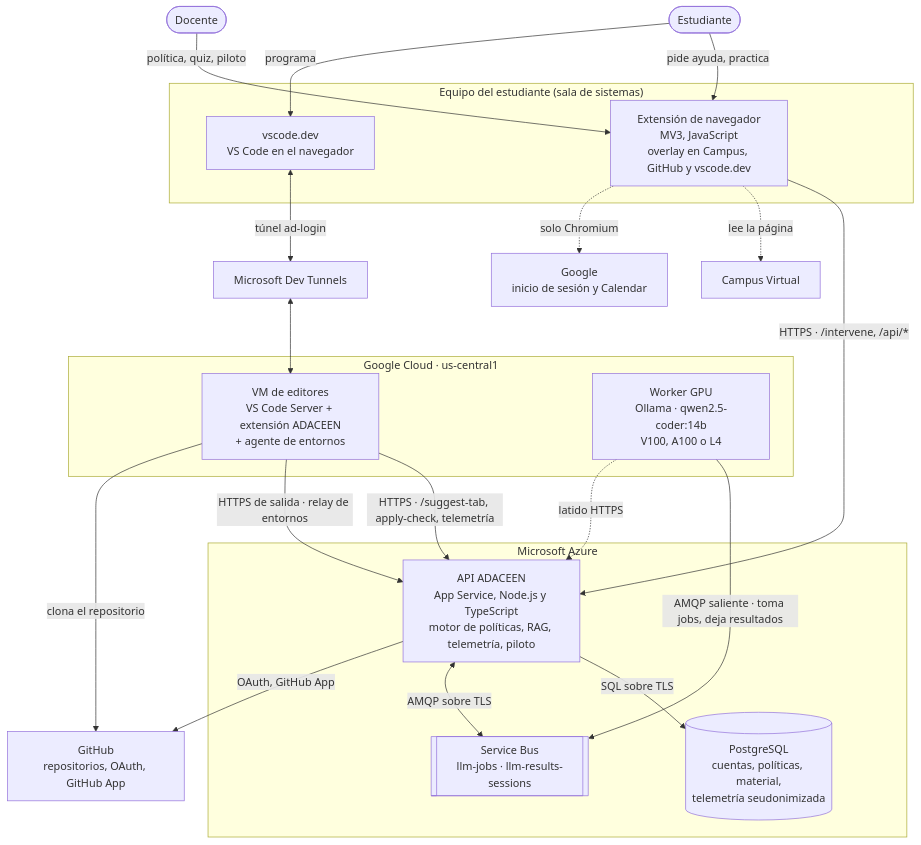
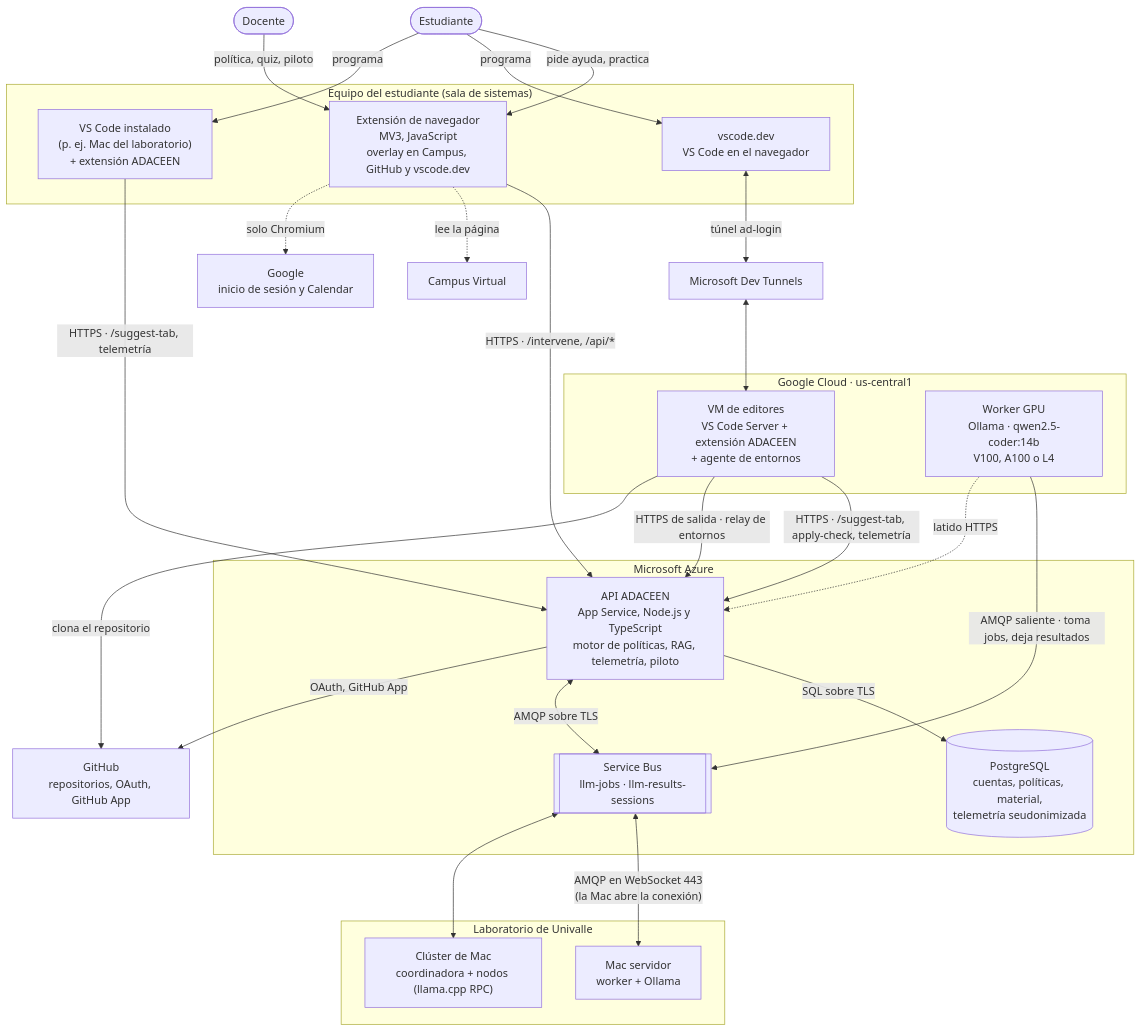
Before and after one commit to eydersantiago/PDC: the first of 3 diagrams in docs/arquitectura/vistas.md, drawn with Mermaid. The commit also changed other lines of this file and 19 other files, not shown here.

````diff
--- a/docs/arquitectura/vistas.md
+++ b/docs/arquitectura/vistas.md
@@ -22,43 +22,53 @@
 ```mermaid
 flowchart TB
   EST(["Estudiante"])
   DOC(["Docente"])
 
   subgraph EQ["Equipo del estudiante (sala de sistemas)"]
     OV["Extensión de navegador<br/>MV3, JavaScript<br/>overlay en Campus, GitHub y vscode.dev"]
     VD["vscode.dev<br/>VS Code en el navegador"]
+    VL["VS Code instalado<br/>(p. ej. Mac del laboratorio)<br/>+ extensión ADACEEN"]
   end
 
   subgraph AZ["Microsoft Azure"]
     API["API ADACEEN<br/>App Service, Node.js y TypeScript<br/>motor de políticas, RAG, telemetría, piloto"]
     DB[("PostgreSQL<br/>cuentas, políticas, material,<br/>telemetría seudonimizada")]
     SB[["Service Bus<br/>llm-jobs · llm-results-sessions"]]
   end
 
   subgraph GCP["Google Cloud · us-central1"]
     VM["VM de editores<br/>VS Code Server + extensión ADACEEN<br/>+ agente de entornos"]
     WK["Worker GPU<br/>Ollama · qwen2.5-coder:14b<br/>V100, A100 o L4"]
+  end
+
+  subgraph UV["Laboratorio de Univalle"]
+    MW["Mac servidor<br/>worker + Ollama"]
+    MC["Clúster de Mac<br/>coordinadora + nodos (llama.cpp RPC)"]
   end
 
   GH["GitHub<br/>repositorios, OAuth, GitHub App"]
   GO["Google<br/>inicio de sesión y Calendar"]
   DT["Microsoft Dev Tunnels"]
   CV["Campus Virtual"]
 
   EST -->|"pide ayuda, practica"| OV
   EST -->|"programa"| VD
   DOC -->|"política, quiz, piloto"| OV
   OV -->|"HTTPS · /intervene, /api/*"| API
   OV -.->|"lee la página"| CV
   OV -.->|"solo Chromium"| GO
   VD <-->|"túnel ad-login"| DT
   DT <--> VM
   VM -->|"HTTPS · /suggest-tab, apply-check, telemetría"| API
   VM -->|"HTTPS de salida · relay de entornos"| API
   API -->|"SQL sobre TLS"| DB
   API <-->|"AMQP sobre TLS"| SB
   WK -->|"AMQP saliente · toma jobs, deja resultados"| SB
   WK -.->|"latido HTTPS"| API
+  SB <-->|"AMQP en WebSocket 443<br/>(la Mac abre la conexión)"| MW
+  SB <--> MC
+  VL -->|"HTTPS · /suggest-tab, telemetría"| API
+  EST -->|"programa"| VL
   API -->|"OAuth, GitHub App"| GH
   VM -->|"clona el repositorio"| GH
 ```
````
